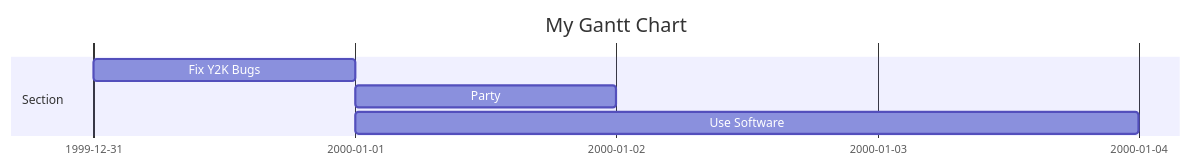
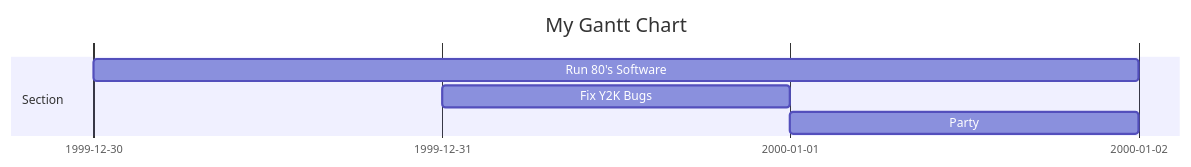
Before and after one commit to fhnw-imvs/fhnw-ipro-indoor-climate: the diagram in level-0/README.md, drawn with Mermaid.

````diff
--- a/level-0/README.md
+++ b/level-0/README.md
@@ -42,10 +42,10 @@
 ```mermaid
 gantt
     title My Gantt Chart
     dateFormat YYYY-MM-DD
     tickInterval 1day
     section Section
-    Fix Y2K Bugs :t1, 1999-12-31, 1d
-    Party        :t2, after t1, 1d
-    Use Software :t3, after t1, 3d
+    Run 80's Software :t0, 1999-12-30, 3d
+    Fix Y2K Bugs      :t1, 1999-12-31, 1d
+    Party             :t2, after t1, 1d
 ```
````
